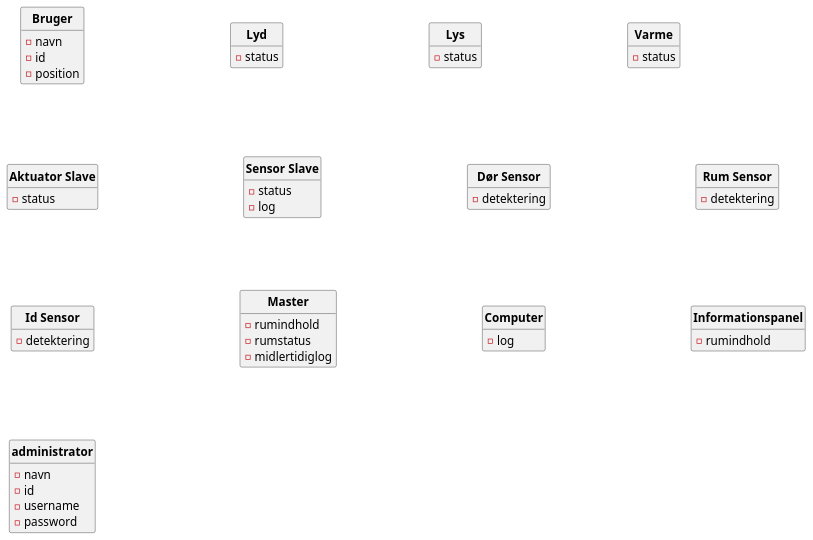
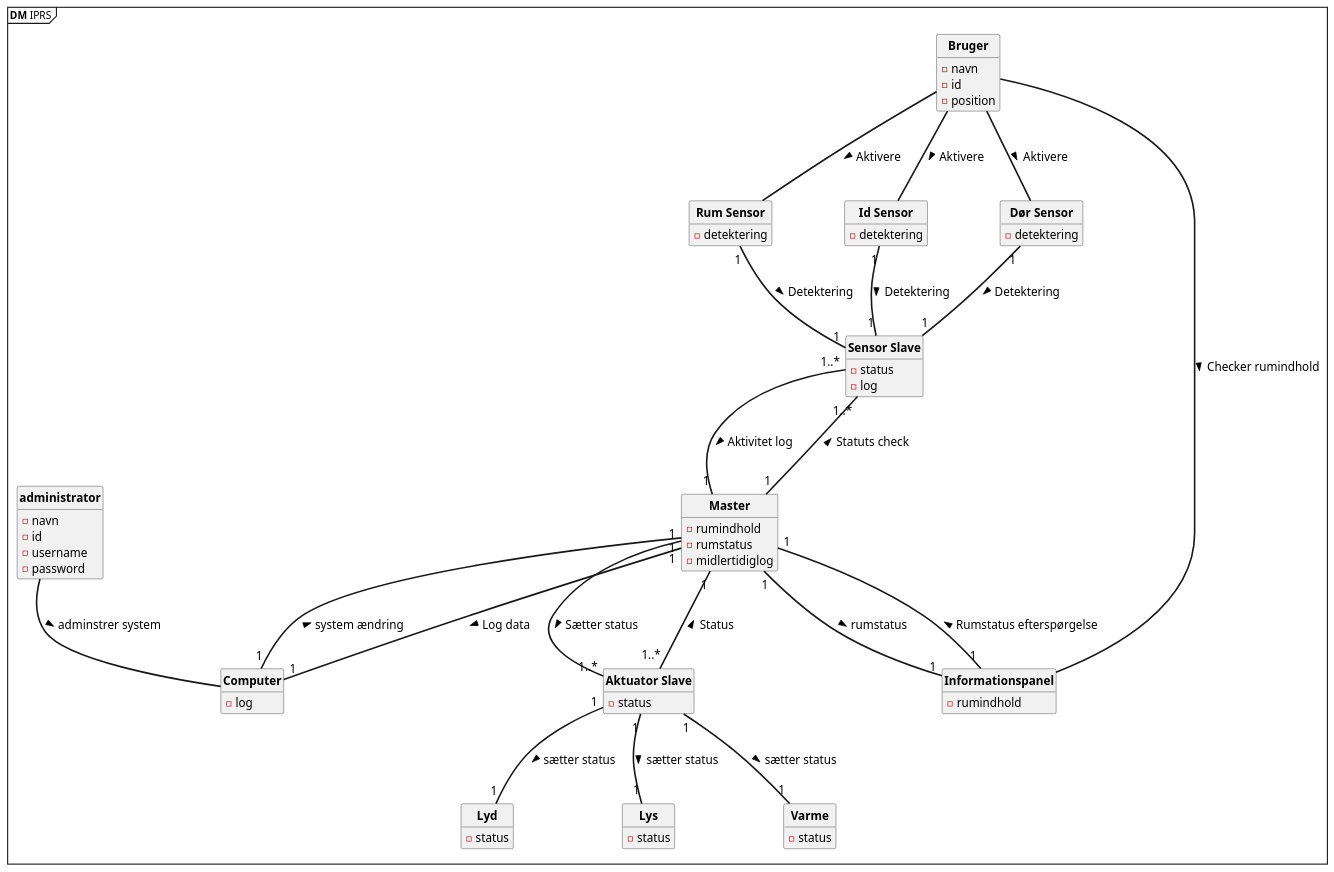
The diagram in SysML/DM Færdig.puml (Tukkel/Projekt_2), drawn with PlantUML before and after one commit. The commit also changed 4 other files, not shown here.

```diff
--- a/SysML/DM Færdig.puml
+++ b/SysML/DM Færdig.puml
@@ -1,78 +1,107 @@
-@startuml DomainModelFinish
+@startuml DM IPRS
 ' Default param deffinition
 skinparam style strictuml
 skinparam DefaultFontSize 16
 skinparam DefaultFontName times new roman
 skinparam ArrowFontSize 16
 skinparam ArrowThickness 2.2
 skinparam Linetype poly
 skinparam ranksep 100
-skinparam nodesep 200
+skinparam nodesep 100
 hide empty members
+
+
+mainframe **DM** IPRS
 
 ' Class definition
 Class "**Bruger**" as BR{
 - navn
 - id
 - position
 }
 
 Class "**Lyd**" as LD{
 - status
     
 }
 
 Class "**Lys**" as LS{
 - status
 }
 
 Class "**Varme**" as V{
 - status 
 }
 
 
 Class "**Aktuator Slave**" as AS{
 - status
 }
 
 
 Class "**Sensor Slave**" as SS{
 - status
 - log
 }
 
 Class "**Dør Sensor**" as DS{
 - detektering
 }
 
 Class "**Rum Sensor**" as RS{
 - detektering
 }
 
 Class "**Id Sensor**" as IS{
 - detektering
 }
 
 Class  "**Master**" as ME{
 - rumindhold
 - rumstatus
 - midlertidiglog
 }
 
 Class "**Computer**" as COM{
 - log
 }
 
 Class "**Informationspanel**" as INFO {
 - rumindhold
 }
 
-Class "**administrator**" as admin {
+Class "**administrator**" as ADMIN {
 - navn
 - id
 - username
 - password
 }
 
 ' Conection definition
+BR -- INFO : > Checker rumindhold
+
+BR -- IS : > Aktivere
+BR -- DS : > Aktivere
+BR -- RS : > Aktivere
+
+RS "1" -- "1" SS : > Detektering
+DS "1" -- "1" SS : > Detektering
+IS "1" -- "1" SS : > Detektering
+
+SS "1..*" -- "1" ME : > Aktivitet log
+SS "1..*" -- "1" ME : < Statuts check
+
+ME "1" -- "1" COM : > Log data
+ME "1" -- "1" COM : < system ændring
+ME "1" -- "1" INFO : > rumstatus
+ME "1" -- "1" INFO : < Rumstatus efterspørgelse
+
+ADMIN -- COM  : > adminstrer system
+
+ME "1" -- "1..*" AS : > Sætter status
+ME "1" -- "1..*" AS : < Status
+
+AS "1" -- "1" LS : > sætter status
+AS "1" -- "1" LD : > sætter status
+AS "1" -- "1" V : > sætter status
 @enduml
```
